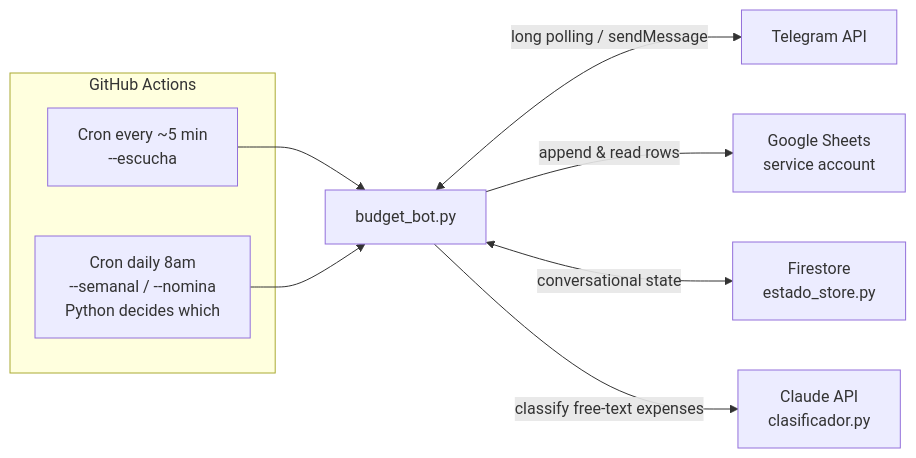
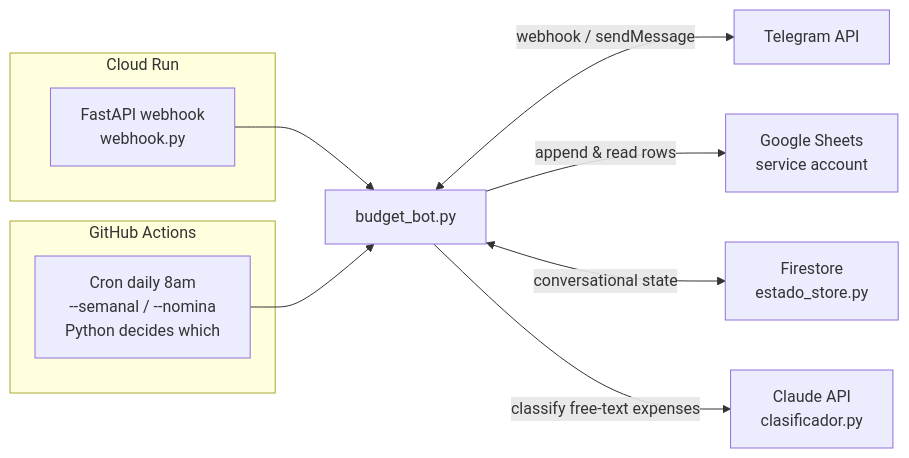
One commit to AndreAVelez27/telegram-budget-bot changed the diagram in README.md. Above: the diagram before and after it, drawn with Mermaid. The commit also changed other lines of this file and 2 other files, not shown here.

Commit message:
chore: borra state.json y seed_estado.py; README actualizado para Cloud Run

````diff
--- a/README.md
+++ b/README.md
@@ -21,12 +21,14 @@
 ```mermaid
 flowchart LR
+    subgraph Cloud Run
+        A[FastAPI webhook<br/>webhook.py]
+    end
     subgraph GitHub Actions
-        A[Cron every ~5 min<br/>--escucha]
         B[Cron daily 8am<br/>--semanal / --nomina<br/>Python decides which]
     end
     A & B --> D[budget_bot.py]
-    D <-->|long polling / sendMessage| E[Telegram API]
+    D <-->|webhook / sendMessage| E[Telegram API]
     D -->|append & read rows| F[Google Sheets<br/>service account]
     D <-->|conversational state| G[Firestore<br/>estado_store.py]
     D -->|classify free-text expenses| H[Claude API<br/>clasificador.py]
 ```
````
